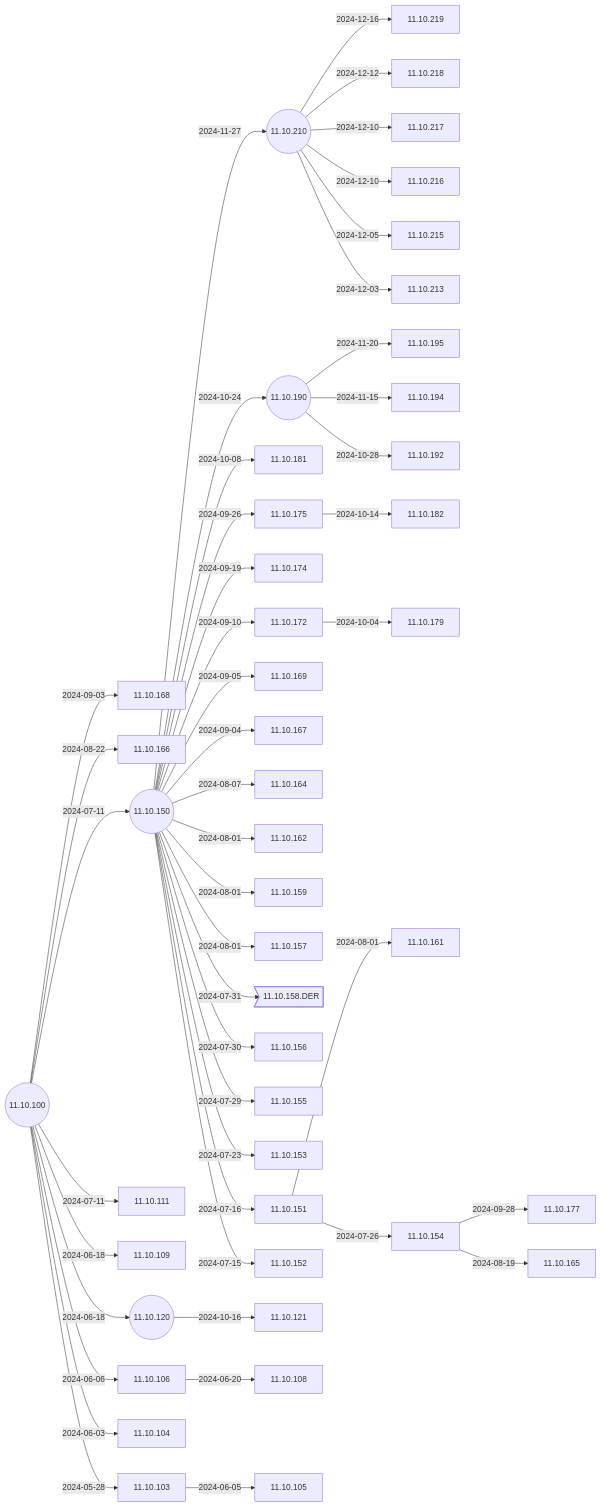
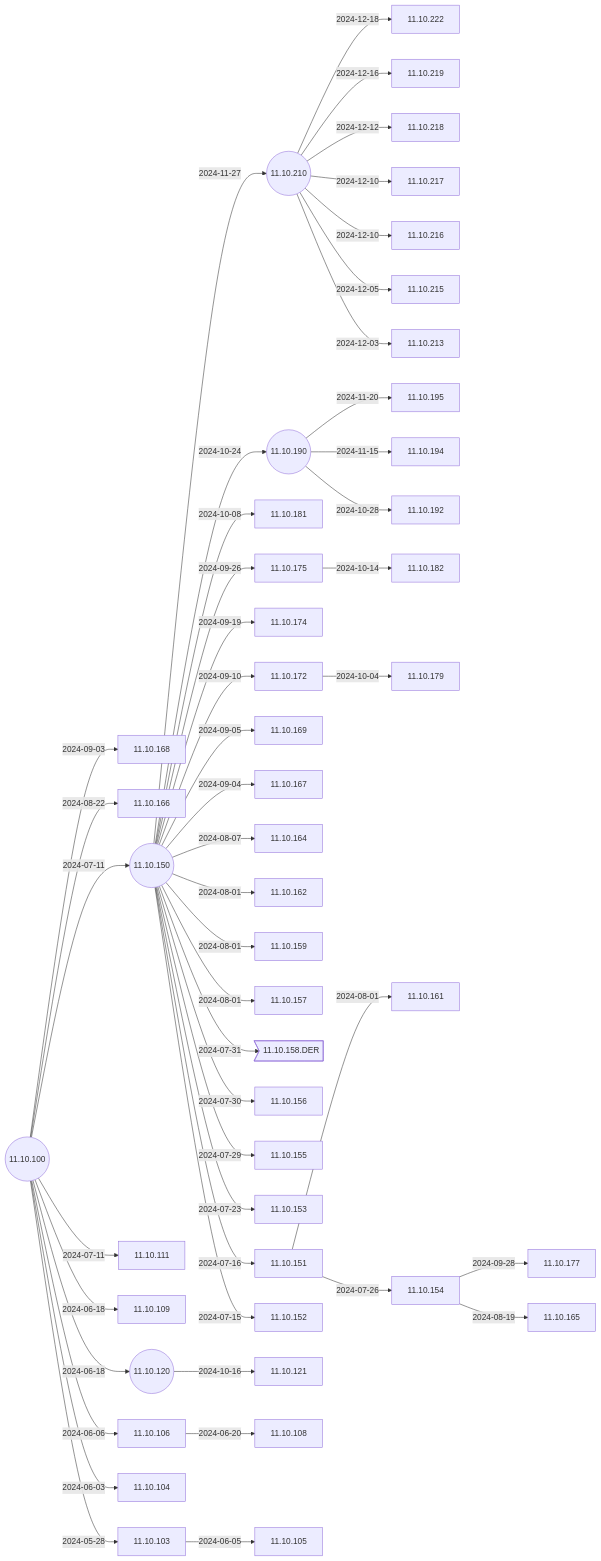
The second of 6 diagrams in docs/Docs/ReleaseNotes/01-OS11/README.md (IGEL-Community/IGEL-Docs-v02), drawn with Mermaid before and after one commit. The commit also changed 3 other files, not shown here.

````diff
--- a/docs/Docs/ReleaseNotes/01-OS11/README.md
+++ b/docs/Docs/ReleaseNotes/01-OS11/README.md
@@ -41,5 +41,6 @@
 ```mermaid
 flowchart LR
+    11.10.210-- 2024-12-18 -->11.10.222
     11.10.210-- 2024-12-16 -->11.10.219
     11.10.210-- 2024-12-12 -->11.10.218
     11.10.210-- 2024-12-10 -->11.10.217
@@ -86,6 +87,7 @@
     11.10.100-- 2024-06-03 -->11.10.104
     11.10.100-- 2024-05-28 -->11.10.103
     11.10.100((11.10.100))
+    click 11.10.222 "https://github.com/IGEL-Community/IGEL-Docs-v02/tree/main/docs/Docs/ReleaseNotes/01-OS11/readme11.10.222.txt" _blank
     click 11.10.219 "https://github.com/IGEL-Community/IGEL-Docs-v02/tree/main/docs/Docs/ReleaseNotes/01-OS11/readme11.10.219.txt" _blank
     click 11.10.218 "https://github.com/IGEL-Community/IGEL-Docs-v02/tree/main/docs/Docs/ReleaseNotes/01-OS11/readme11.10.218.txt" _blank
     click 11.10.217 "https://github.com/IGEL-Community/IGEL-Docs-v02/tree/main/docs/Docs/ReleaseNotes/01-OS11/readme11.10.217.txt" _blank
````
